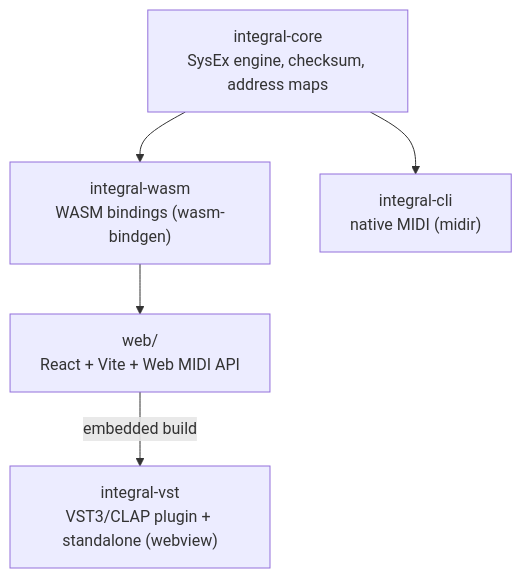
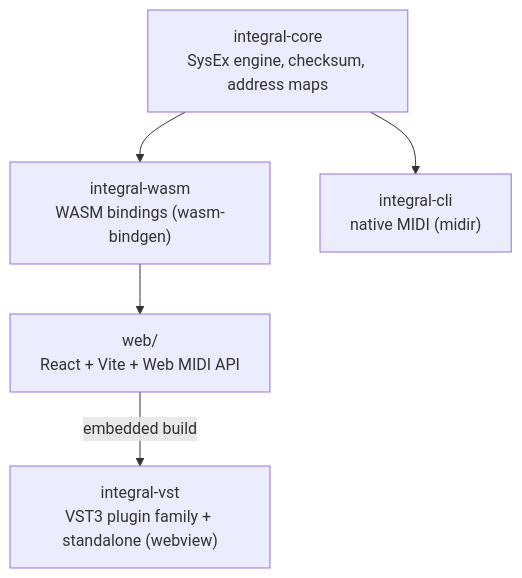
One commit to sigma/integral changed the diagram in README.md. Above: the diagram before and after it, drawn with Mermaid. The commit also changed other lines of this file and 22 other files, not shown here.

First line of the commit message:
feat(vst): the plugin family and its Binding

````diff
--- a/README.md
+++ b/README.md
@@ -49,13 +49,13 @@
 ```mermaid
 graph TD
     core["integral-core\nSysEx engine, checksum, address maps"]
     wasm["integral-wasm\nWASM bindings (wasm-bindgen)"]
     cli["integral-cli\nnative MIDI (midir)"]
-    vst["integral-vst\nVST3/CLAP plugin + standalone (webview)"]
+    vst["integral-vst\nVST3 plugin family + standalone (webview)"]
     web["web/\nReact + Vite + Web MIDI API"]
 
     core --> wasm
     core --> cli
     wasm --> web
     web -->|embedded build| vst
 ```
````
